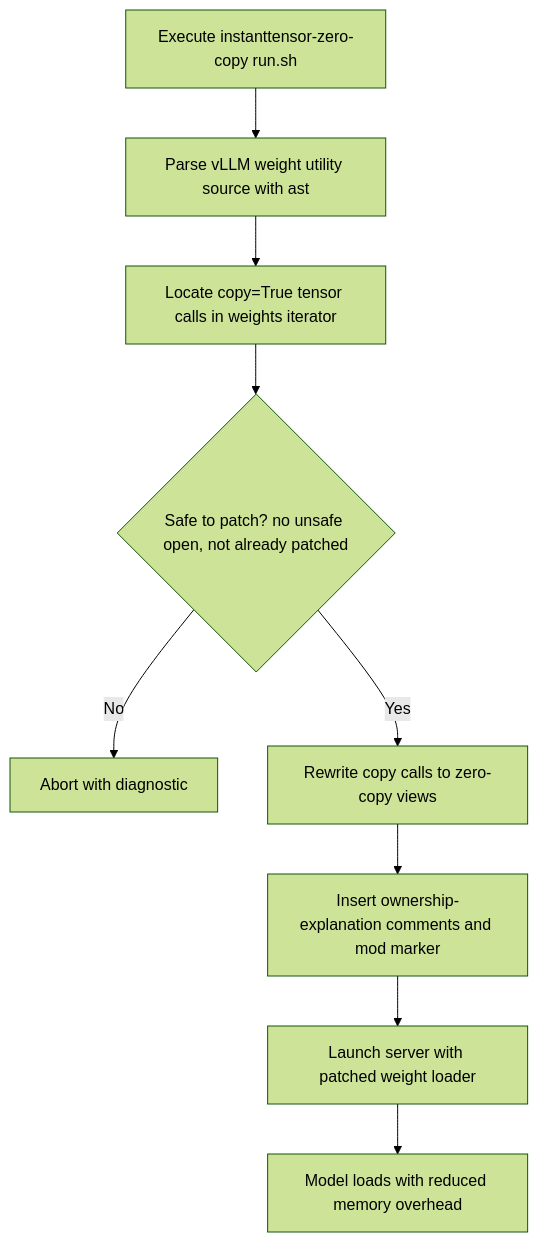
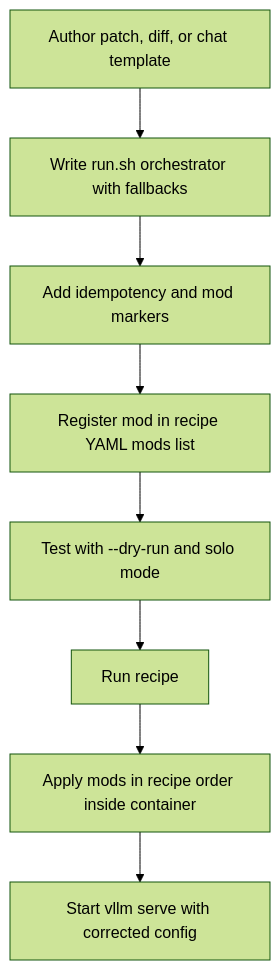
One commit to jpfulton-fultonengineeringservices/spark-vllm-docker changed the eighth of 15 diagrams in deepwiki-rs-docs/3.Workflow.md. Above: the diagram before and after it, drawn with Mermaid (forest theme). The commit also changed other lines of this file and 156 other files, not shown here.

````diff
--- a/deepwiki-rs-docs/3.Workflow.md
+++ b/deepwiki-rs-docs/3.Workflow.md
@@ -414,11 +326,10 @@
 ```mermaid
-graph TD
-    Start["Execute instanttensor-zero-copy run.sh"] --> Parse["Parse vLLM weight utility source with ast"]
-    Parse --> Locate["Locate copy=True tensor calls in weights iterator"]
-    Locate --> SafeCheck{"Safe to patch? no unsafe open, not already patched"}
-    SafeCheck -->|No| Abort["Abort with diagnostic"]
-    SafeCheck -->|Yes| Rewrite["Rewrite copy calls to zero-copy views"]
-    Rewrite --> Comment["Insert ownership-explanation comments and mod marker"]
-    Comment --> Launch["Launch server with patched weight loader"]
-    Launch --> Serve["Model loads with reduced memory overhead"]
+flowchart TD
+    Author["Author patch, diff, or chat template"] --> Orchestrator["Write run.sh orchestrator with fallbacks"]
+    Orchestrator --> Marker["Add idempotency and mod markers"]
+    Marker --> Register["Register mod in recipe YAML mods list"]
+    Register --> LocalTest["Test with --dry-run and solo mode"]
+    LocalTest --> Run["Run recipe"]
+    Run --> Apply["Apply mods in recipe order inside container"]
+    Apply --> Server["Start vllm serve with corrected config"]
 ```
````
